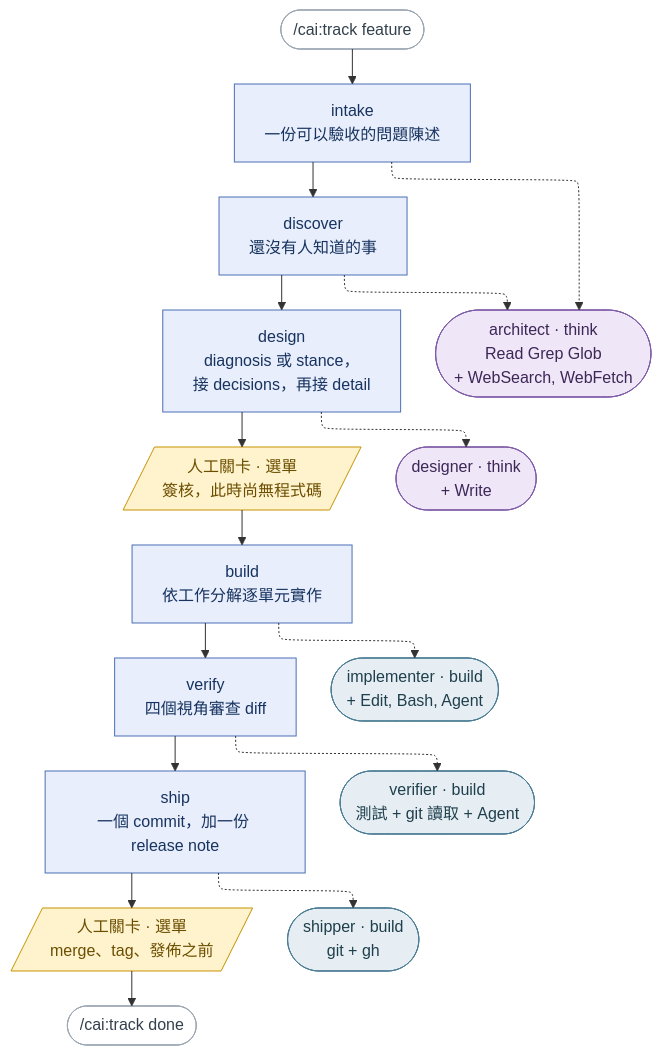
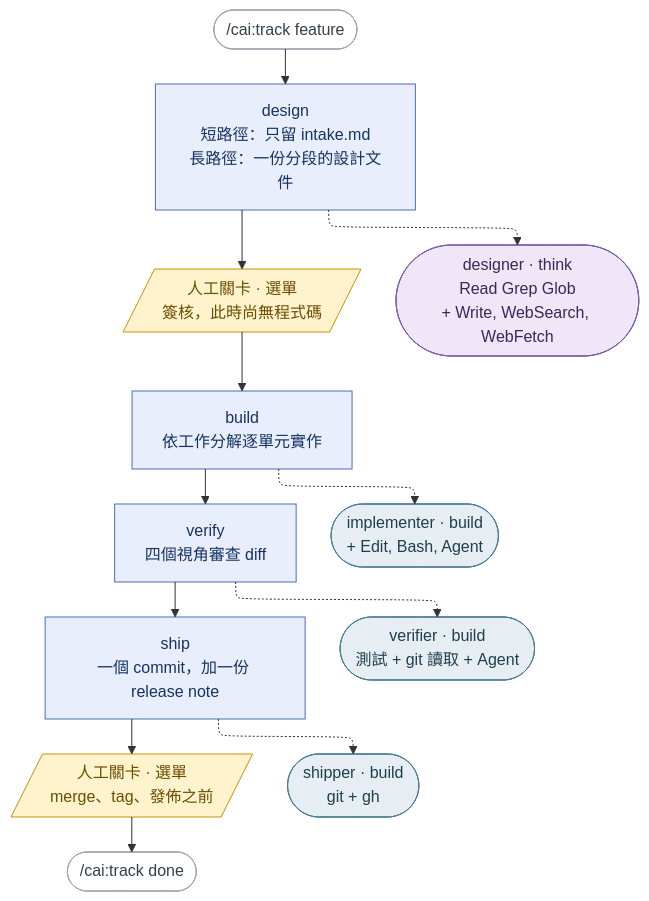
The diagram in README.zh-TW.md (millerlai/claude-all-in-one), drawn with Mermaid before and after one commit. The commit also changed other lines of this file and 10 other files, not shown here.

````diff
--- a/README.zh-TW.md
+++ b/README.zh-TW.md
@@ -20,43 +20,38 @@
 ```mermaid
 ---
 config:
   flowchart:
     defaultRenderer: "elk"
 ---
 flowchart TB
     START(["/cai:track feature"]) --> S1
 
-    S1["intake<br/>一份可以驗收的問題陳述"] --> S2
-    S2["discover<br/>還沒有人知道的事"] --> S3
-    S3["design<br/>diagnosis 或 stance，<br/>接 decisions，再接 detail"] --> HG1
-    HG1[/"人工關卡 · 選單<br/>簽核，此時尚無程式碼"/] --> S4
-    S4["build<br/>依工作分解逐單元實作"] --> S5
-    S5["verify<br/>四個視角審查 diff"] --> S6
-    S6["ship<br/>一個 commit，加一份 release note"] --> HG2
+    S1["design<br/>短路徑：只留 intake.md<br/>長路徑：一份分段的設計文件"] --> HG1
+    HG1[/"人工關卡 · 選單<br/>簽核，此時尚無程式碼"/] --> S2
+    S2["build<br/>依工作分解逐單元實作"] --> S3
+    S3["verify<br/>四個視角審查 diff"] --> S4
+    S4["ship<br/>一個 commit，加一份 release note"] --> HG2
     HG2[/"人工關卡 · 選單<br/>merge、tag、發佈之前"/] --> DONE(["/cai:track done"])
 
-    S1 -.-> AR
-    S2 -.-> AR
-    S3 -.-> DE
-    S4 -.-> IM
-    S5 -.-> VE
-    S6 -.-> SH
+    S1 -.-> DE
+    S2 -.-> IM
+    S3 -.-> VE
+    S4 -.-> SH
 
-    AR(["architect · think<br/>Read Grep Glob<br/>+ WebSearch, WebFetch"])
-    DE(["designer · think<br/>+ Write"])
+    DE(["designer · think<br/>Read Grep Glob<br/>+ Write, WebSearch, WebFetch"])
     IM(["implementer · build<br/>+ Edit, Bash, Agent"])
     VE(["verifier · build<br/>測試 + git 讀取 + Agent"])
     SH(["shipper · build<br/>git + gh"])
 
     classDef stage fill:#e8eefc,stroke:#4a6fb5,color:#17335f
     classDef human fill:#fff3cd,stroke:#c79100,color:#6b4e00
     classDef think fill:#efe6f7,stroke:#7d5ba6,color:#3d2757
     classDef build fill:#e6eef3,stroke:#4a7c94,color:#1f3f4d
     classDef ends fill:#ffffff,stroke:#9aa5b1,color:#33404d
 
-    class S1,S2,S3,S4,S5,S6 stage
+    class S1,S2,S3,S4 stage
     class HG1,HG2 human
-    class AR,DE think
+    class DE think
     class IM,VE,SH build
     class START,DONE ends
 ```
````
